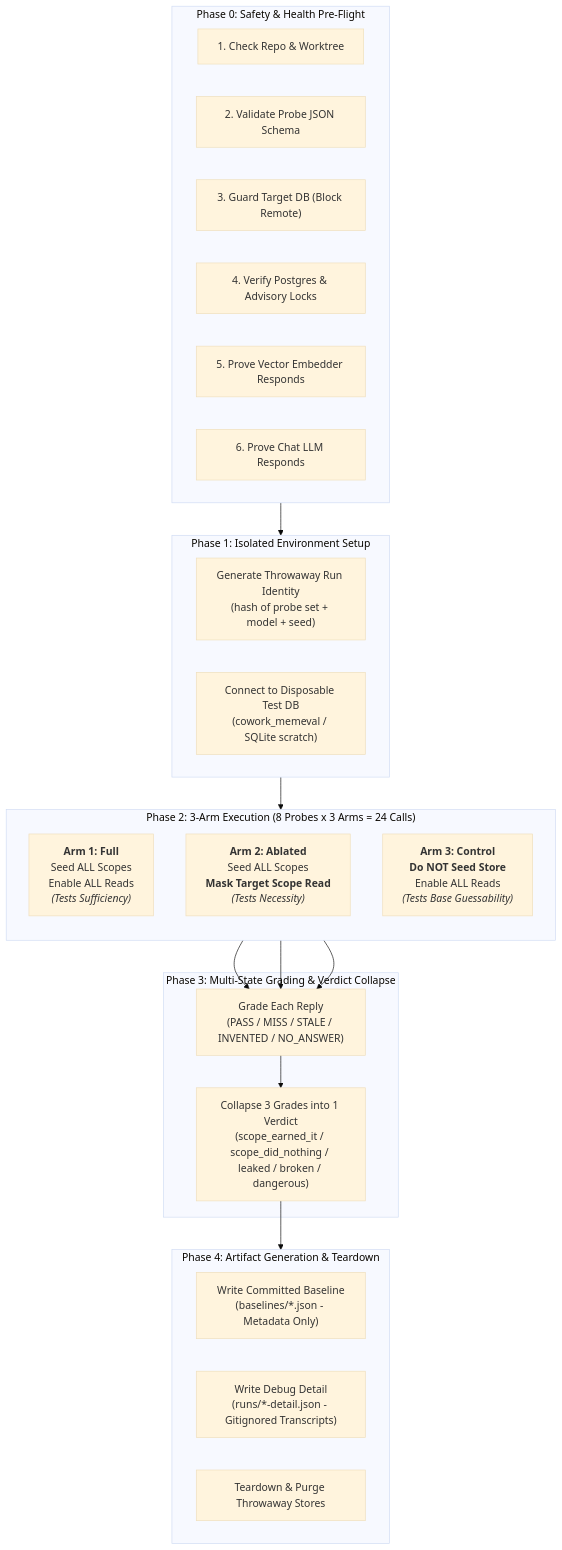
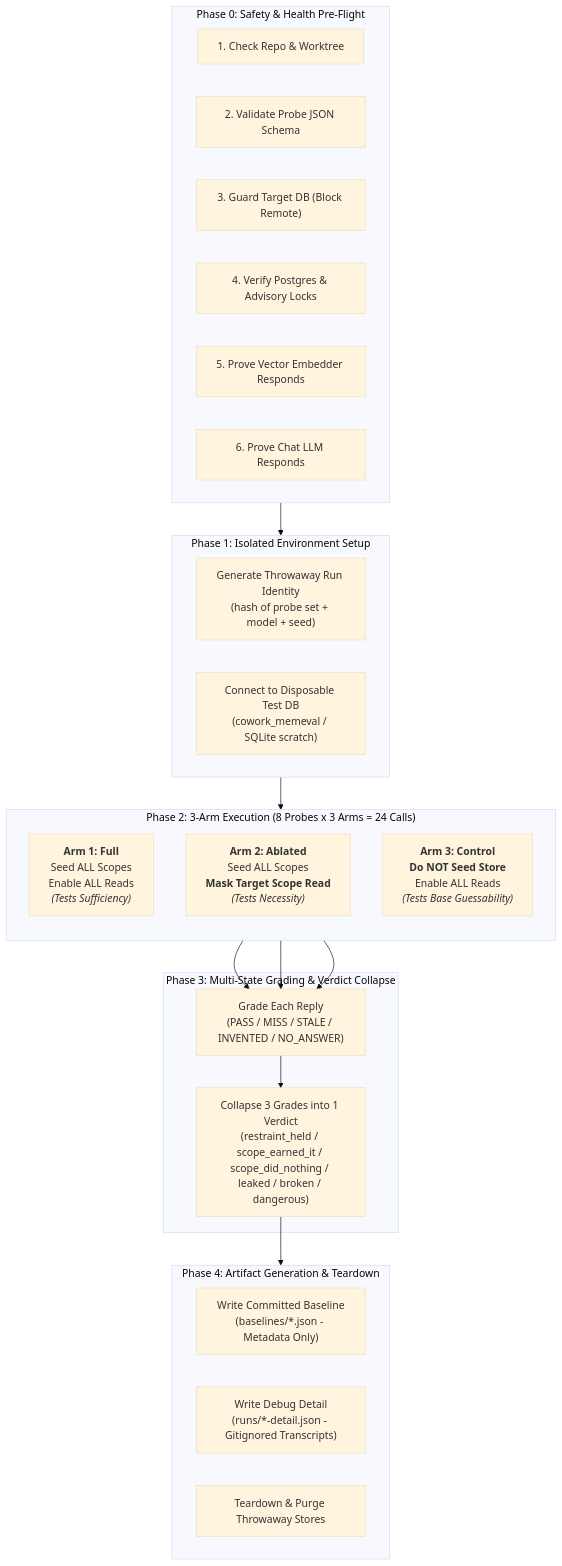
The first of 2 diagrams in evaluations/MEMORIES/MEMORY_IN_A_NUTSHELL.md (MathematicGuy/EMAIL-AGENT-v1), drawn with Mermaid (base theme) before and after one commit. The commit also changed other lines of this file and 1 other file, not shown here.

First line of the commit message:
docs(memory-eval): put restraint_held in the verdict table and the order

````diff
--- a/evaluations/MEMORIES/MEMORY_IN_A_NUTSHELL.md
+++ b/evaluations/MEMORIES/MEMORY_IN_A_NUTSHELL.md
@@ -91,42 +91,42 @@
 ```mermaid
 flowchart TD
     subgraph Preflight ["Phase 0: Safety & Health Pre-Flight"]
         C1["1. Check Repo & Worktree"]
         C2["2. Validate Probe JSON Schema"]
         C3["3. Guard Target DB (Block Remote)"]
         C4["4. Verify Postgres & Advisory Locks"]
         C5["5. Prove Vector Embedder Responds"]
         C6["6. Prove Chat LLM Responds"]
     end
 
     subgraph Setup ["Phase 1: Isolated Environment Setup"]
         ID["Generate Throwaway Run Identity<br/>(hash of probe set + model + seed)"]
         DB["Connect to Disposable Test DB<br/>(cowork_memeval / SQLite scratch)"]
     end
 
     subgraph ProbeLoop ["Phase 2: 3-Arm Execution (8 Probes x 3 Arms = 24 Calls)"]
         direction TB
         ARM1["<b>Arm 1: Full</b><br/>Seed ALL Scopes<br/>Enable ALL Reads<br/><i>(Tests Sufficiency)</i>"]
         ARM2["<b>Arm 2: Ablated</b><br/>Seed ALL Scopes<br/><b>Mask Target Scope Read</b><br/><i>(Tests Necessity)</i>"]
         ARM3["<b>Arm 3: Control</b><br/><b>Do NOT Seed Store</b><br/>Enable ALL Reads<br/><i>(Tests Base Guessability)</i>"]
     end
 
     subgraph Scoring ["Phase 3: Multi-State Grading & Verdict Collapse"]
         GRADE["Grade Each Reply<br/>(PASS / MISS / STALE / INVENTED / NO_ANSWER)"]
-        COLLAPSE["Collapse 3 Grades into 1 Verdict<br/>(scope_earned_it / scope_did_nothing / leaked / broken / dangerous)"]
+        COLLAPSE["Collapse 3 Grades into 1 Verdict<br/>(restraint_held / scope_earned_it / scope_did_nothing / leaked / broken / dangerous)"]
     end
 
     subgraph Reporting ["Phase 4: Artifact Generation & Teardown"]
         BASE["Write Committed Baseline<br/>(baselines/*.json - Metadata Only)"]
         RUNS["Write Debug Detail<br/>(runs/*-detail.json - Gitignored Transcripts)"]
         CLEAN["Teardown & Purge Throwaway Stores"]
     end
 
     Preflight --> Setup
     Setup --> ProbeLoop
     ARM1 --> GRADE
     ARM2 --> GRADE
     ARM3 --> GRADE
     GRADE --> COLLAPSE
     COLLAPSE --> Reporting
 ```
````
